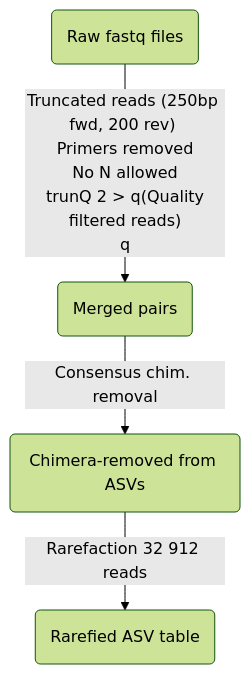
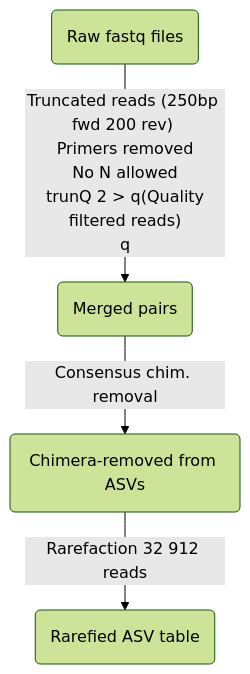
Before and after one commit to plchagnon/Lonicera---Coralie: the first of 2 diagrams in README.md, drawn with Mermaid (forest theme).

````diff
--- a/README.md
+++ b/README.md
@@ -69,7 +69,7 @@
 ```mermaid
 flowchart TD
-raw(Raw fastq files) -- Truncated reads (250bp fwd, 200 rev) <br> Primers removed <br> No N allowed <br> trunQ 2 > q(Quality filtered reads)
+raw(Raw fastq files) -- Truncated reads (250bp fwd 200 rev) <br> Primers removed <br> No N allowed <br> trunQ 2 > q(Quality filtered reads)
 q-->m(Merged pairs)
 m-- Consensus chim. removal -->chim(Chimera-removed from ASVs)
 chim-- Rarefaction 32 912 reads-->rar(Rarefied ASV table) 
 ```
````
